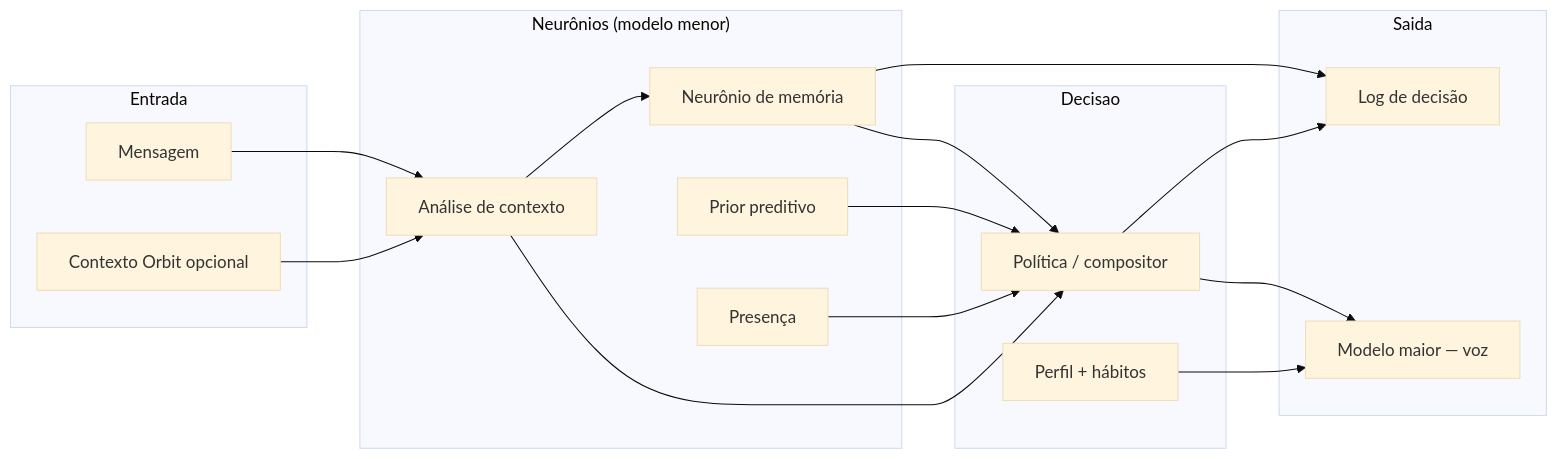
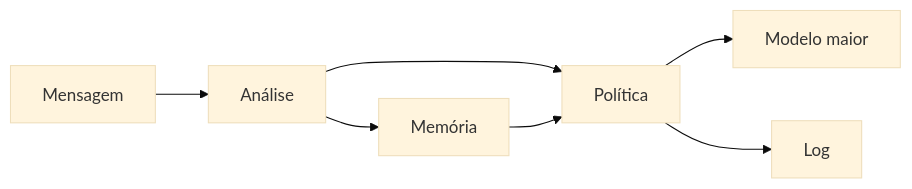
Before and after one commit to NowardEthan/luna-core: the second of 2 diagrams in README.md, drawn with Mermaid (base theme). The commit also changed other lines of this file and 196 other files, not shown here.

````diff
--- a/README.md
+++ b/README.md
@@ -42,36 +230,9 @@
 ```mermaid
 flowchart LR
-  subgraph Entrada
-    MSG[Mensagem]
-    CTX[Contexto Orbit opcional]
-  end
-
-  subgraph Neuronios["Neurônios (modelo menor)"]
-    AN[Análise de contexto]
-    MEM[Neurônio de memória]
-    PR[Prior preditivo]
-    PRE[Presença]
-  end
-
-  subgraph Decisao
-    POL[Política / compositor]
-    PER[Perfil + hábitos]
-  end
-
-  subgraph Saida
-    LLM[Modelo maior — voz]
-    LOG[Log de decisão]
-  end
-
-  MSG --> AN
-  CTX --> AN
-  AN --> POL
-  AN --> MEM
+  MSG[Mensagem] --> AN[Análise]
+  AN --> MEM[Memória]
+  AN --> POL[Política]
   MEM --> POL
-  PR --> POL
-  PRE --> POL
-  PER --> LLM
-  POL --> LLM
-  POL --> LOG
-  MEM --> LOG
+  POL --> LLM[Modelo maior]
+  POL --> LOG[Log]
 ```
````
